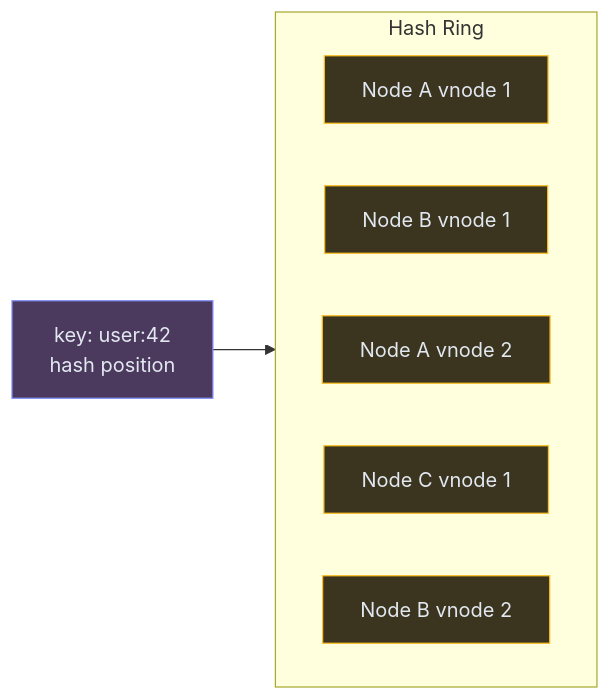
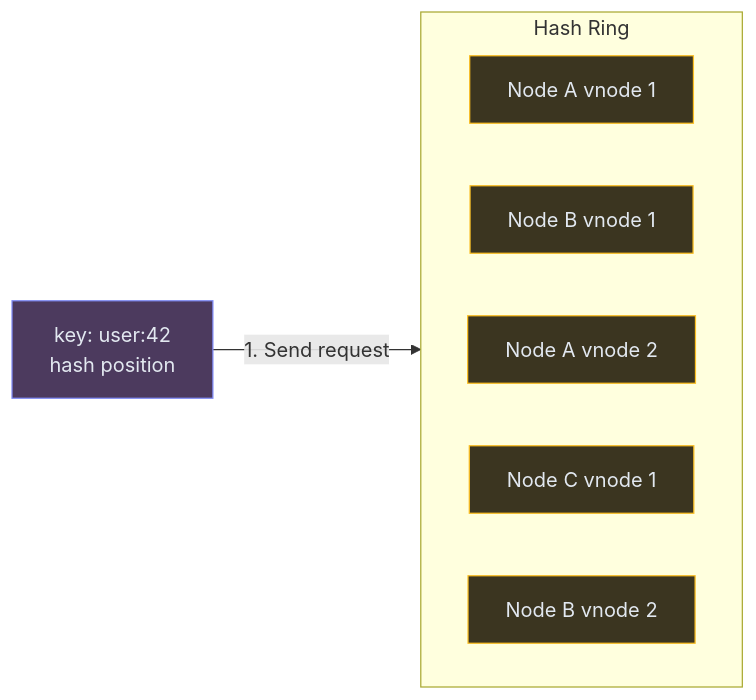
Before and after one commit to iluzn/HLD-Designs: the seventh of 10 diagrams in content/hld/KeyValueStore.md, drawn with Mermaid. The commit also changed other lines of this file and 27 other files, not shown here.

````diff
--- a/content/hld/KeyValueStore.md
+++ b/content/hld/KeyValueStore.md
@@ -354,17 +354,17 @@
 ```mermaid
 flowchart LR
     subgraph "Hash Ring"
         direction LR
         VN1["Node A vnode 1"]:::data
         VN2["Node B vnode 1"]:::data
         VN3["Node A vnode 2"]:::data
         VN4["Node C vnode 1"]:::data
         VN5["Node B vnode 2"]:::data
     end
 
     KEY["key: user:42<br/>hash position"]:::client
-    KEY --> VN2
+    KEY -->|"1. Send request"| VN2
 
     classDef client fill:#4c3a5e,stroke:#818cf8,color:#e2e8f0
     classDef data fill:#3b3520,stroke:#fbbf24,color:#e2e8f0
 ```
````
